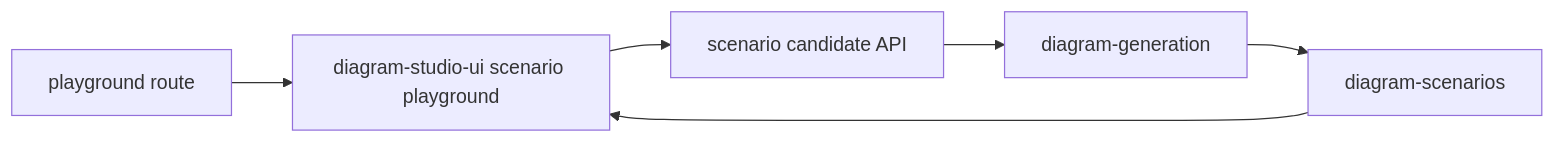
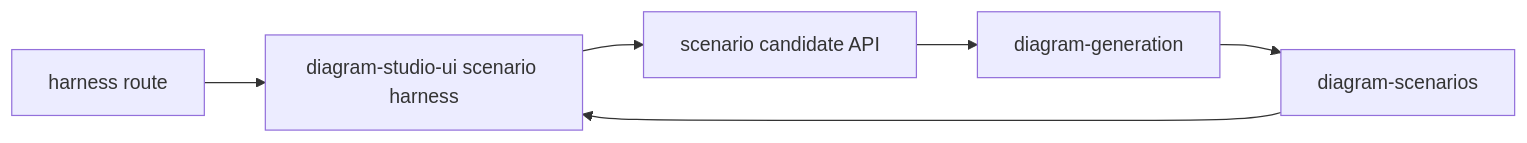
Before and after one commit to shpitdev/sketchi: the diagram in apps/playground/README.md, drawn with Mermaid. The commit also changed other lines of this file and 36 other files, not shown here.

````diff
--- a/apps/playground/README.md
+++ b/apps/playground/README.md
@@ -5,8 +6,8 @@
 ```mermaid
 flowchart LR
-  Route["playground route"] --> UI["diagram-studio-ui scenario playground"]
+  Route["harness route"] --> UI["diagram-studio-ui scenario harness"]
   UI --> API["scenario candidate API"]
   API --> Generation["diagram-generation"]
   Generation --> Scenarios["diagram-scenarios"]
   Scenarios --> UI
 ```
````
